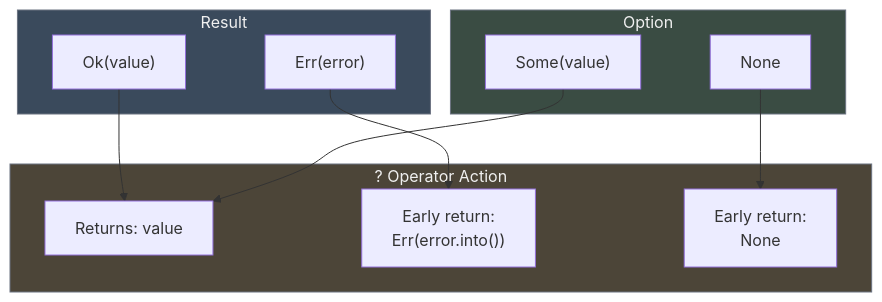
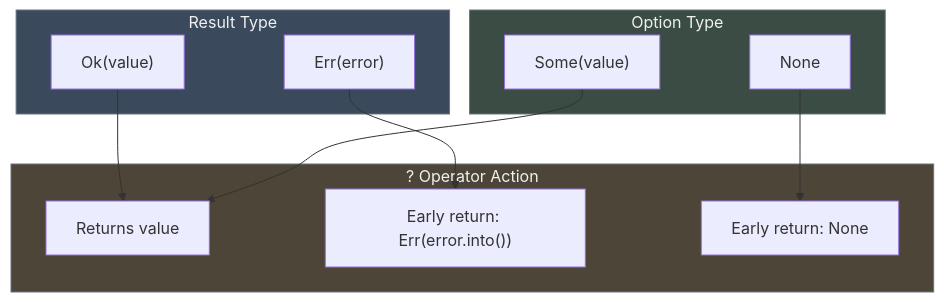
One commit to blackwell-systems/blog changed the first of 2 diagrams in content/posts/rust-error-handling-question-mark-operator.md. Above: the diagram before and after it, drawn with Mermaid. The commit also changed other lines of this file, not shown here.

First line of the commit message:
Fix mermaid diagram syntax and remove emoji from Part 2

```diff
--- a/content/posts/rust-error-handling-question-mark-operator.md
+++ b/content/posts/rust-error-handling-question-mark-operator.md
@@ -87,27 +87,27 @@
 {{< mermaid >}}
 flowchart TB
-    subgraph result["Result<T, E>"]
+    subgraph result["Result Type"]
         result_ok["Ok(value)"]
         result_err["Err(error)"]
     end
 
-    subgraph option["Option<T>"]
+    subgraph option["Option Type"]
         option_some["Some(value)"]
         option_none["None"]
     end
 
     subgraph action["? Operator Action"]
-        unwrap["Returns: value"]
-        early_return["Early return:<br/>Err(error.into())"]
-        early_none["Early return:<br/>None"]
+        unwrap["Returns value"]
+        early_return["Early return: Err(error.into())"]
+        early_none["Early return: None"]
     end
 
     result_ok --> unwrap
     result_err --> early_return
     option_some --> unwrap
     option_none --> early_none
 
     style result fill:#3A4A5C,stroke:#6b7280,color:#f0f0f0
     style option fill:#3A4C43,stroke:#6b7280,color:#f0f0f0
     style action fill:#4C4538,stroke:#6b7280,color:#f0f0f0
 {{< /mermaid >}}
```
